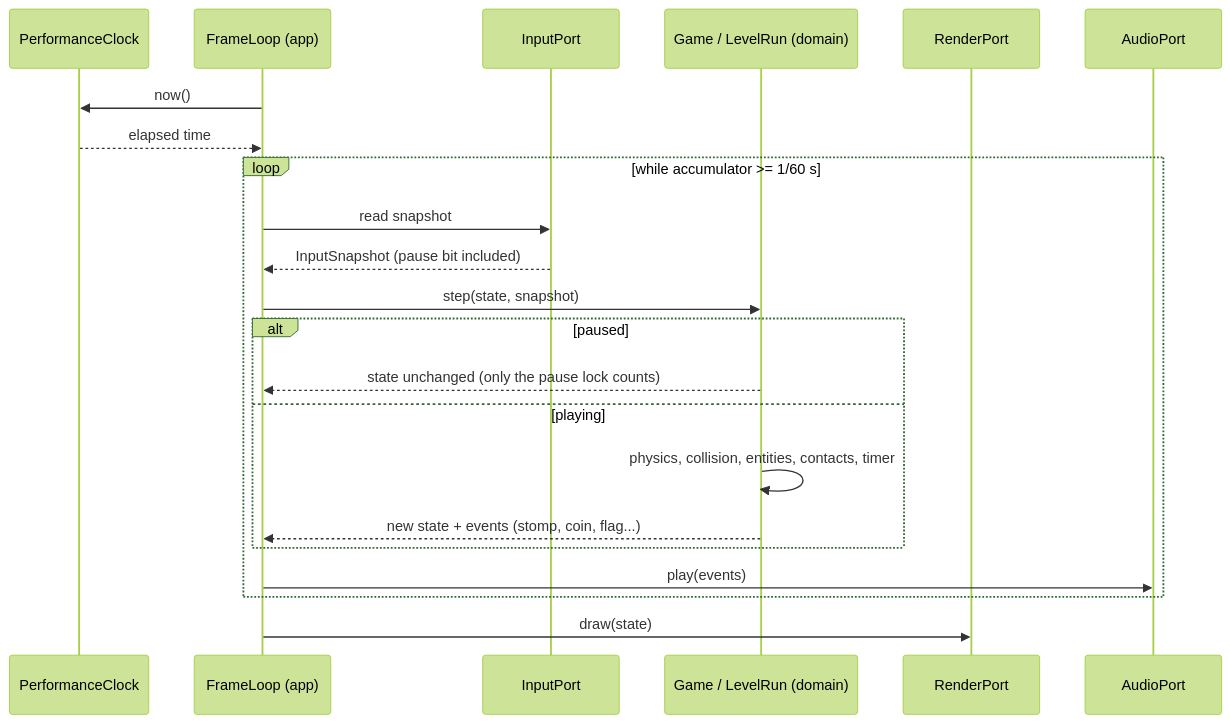
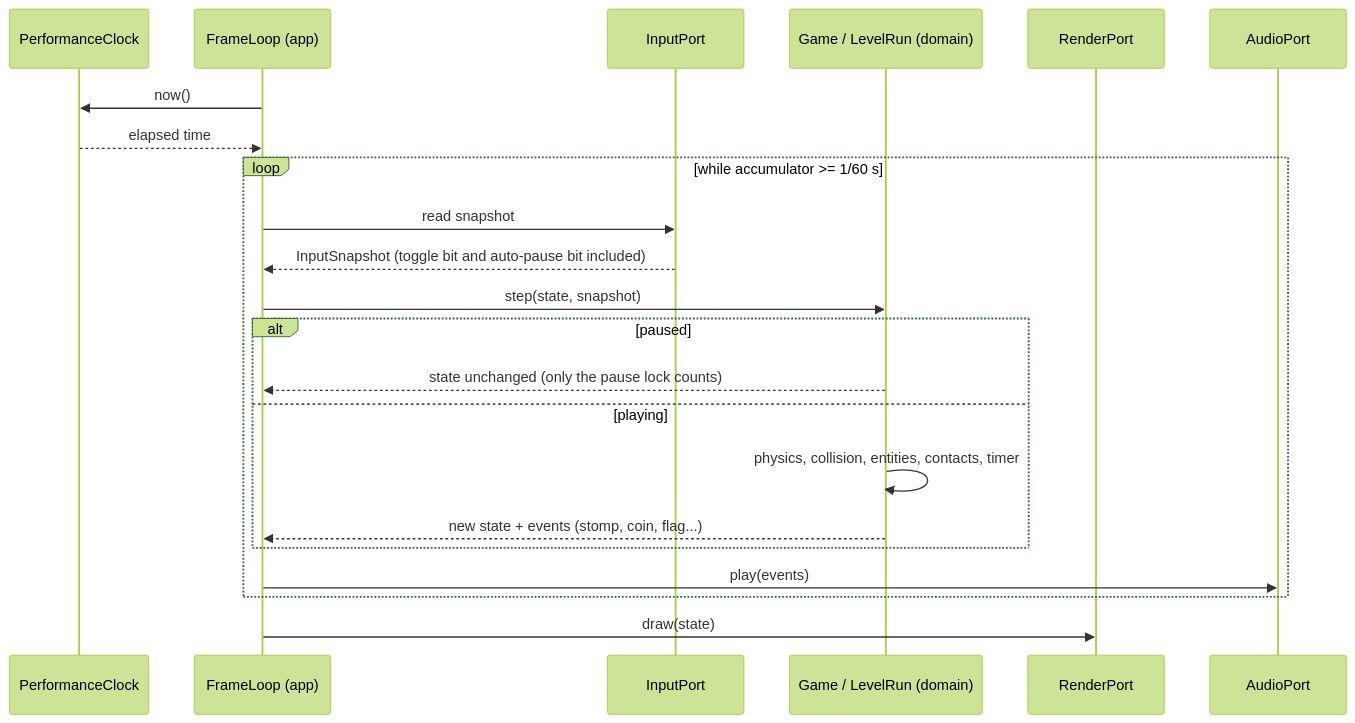
The diagram in docs/architecture/diagrams/gameplay/06-sequence-tick.md (benoit-bremaud/retro-plumber), drawn with Mermaid (forest theme) before and after one commit. The commit also changed other lines of this file and 8 other files, not shown here.

First line of the commit message:
docs(uml): sequence diagrams for critical flows (#7) (#18)

````diff
--- a/docs/architecture/diagrams/gameplay/06-sequence-tick.md
+++ b/docs/architecture/diagrams/gameplay/06-sequence-tick.md
@@ -13,24 +13,24 @@
 ```mermaid
 sequenceDiagram
     participant Clock as PerformanceClock
     participant FL as FrameLoop (app)
     participant In as InputPort
     participant Game as Game / LevelRun (domain)
     participant Out as RenderPort
     participant Snd as AudioPort
     FL->>Clock: now()
     Clock-->>FL: elapsed time
     loop while accumulator >= 1/60 s
         FL->>In: read snapshot
-        In-->>FL: InputSnapshot (pause bit included)
+        In-->>FL: InputSnapshot (toggle bit and auto-pause bit included)
         FL->>Game: step(state, snapshot)
         alt paused
             Game-->>FL: state unchanged (only the pause lock counts)
         else playing
             Game->>Game: physics, collision, entities, contacts, timer
             Game-->>FL: new state + events (stomp, coin, flag...)
         end
         FL->>Snd: play(events)
     end
     FL->>Out: draw(state)
 ```
````
